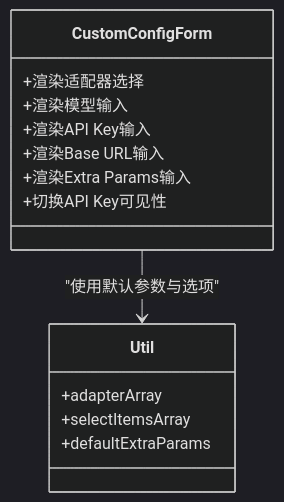
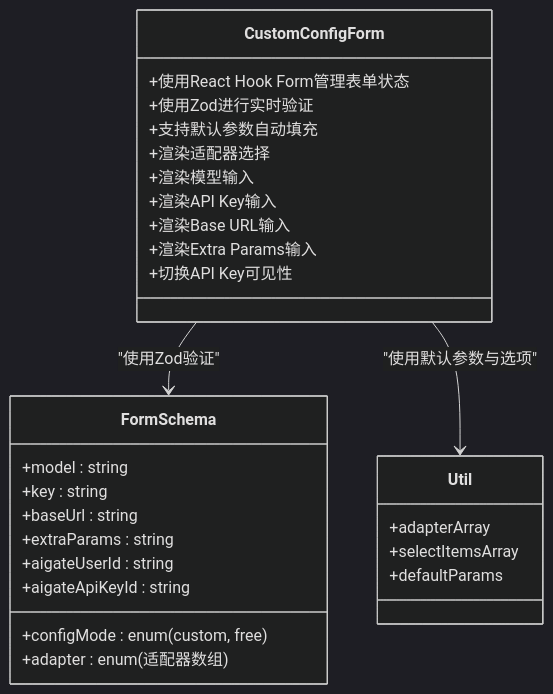
The fourth of 7 diagrams in .qoder/repowiki/zh/content/核心功能模块/配置管理系统.md (RadiumAg/bilibili-favorites), drawn with Mermaid (dark theme) before and after one commit. The commit also changed other lines of this file and 21 other files, not shown here.

````diff
--- a/.qoder/repowiki/zh/content/核心功能模块/配置管理系统.md
+++ b/.qoder/repowiki/zh/content/核心功能模块/配置管理系统.md
@@ -218,17 +201,31 @@
 ```mermaid
 classDiagram
 class CustomConfigForm {
++使用React Hook Form管理表单状态
++使用Zod进行实时验证
++支持默认参数自动填充
 +渲染适配器选择
 +渲染模型输入
 +渲染API Key输入
 +渲染Base URL输入
 +渲染Extra Params输入
 +切换API Key可见性
 }
+class FormSchema {
++configMode : enum(custom, free)
++adapter : enum(适配器数组)
++model : string
++key : string
++baseUrl : string
++extraParams : string
++aigateUserId : string
++aigateApiKeyId : string
+}
 class Util {
 +adapterArray
 +selectItemsArray
-+defaultExtraParams
++defaultParams
 }
+CustomConfigForm --> FormSchema : "使用Zod验证"
 CustomConfigForm --> Util : "使用默认参数与选项"
 ```
````
